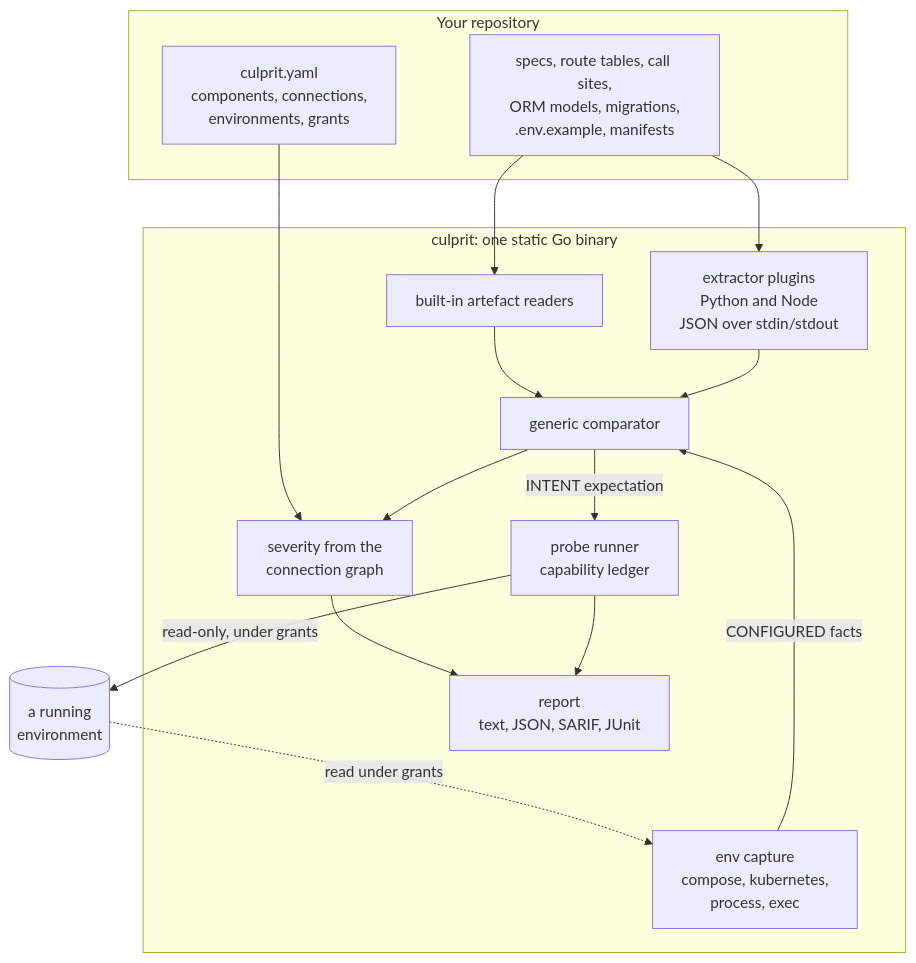
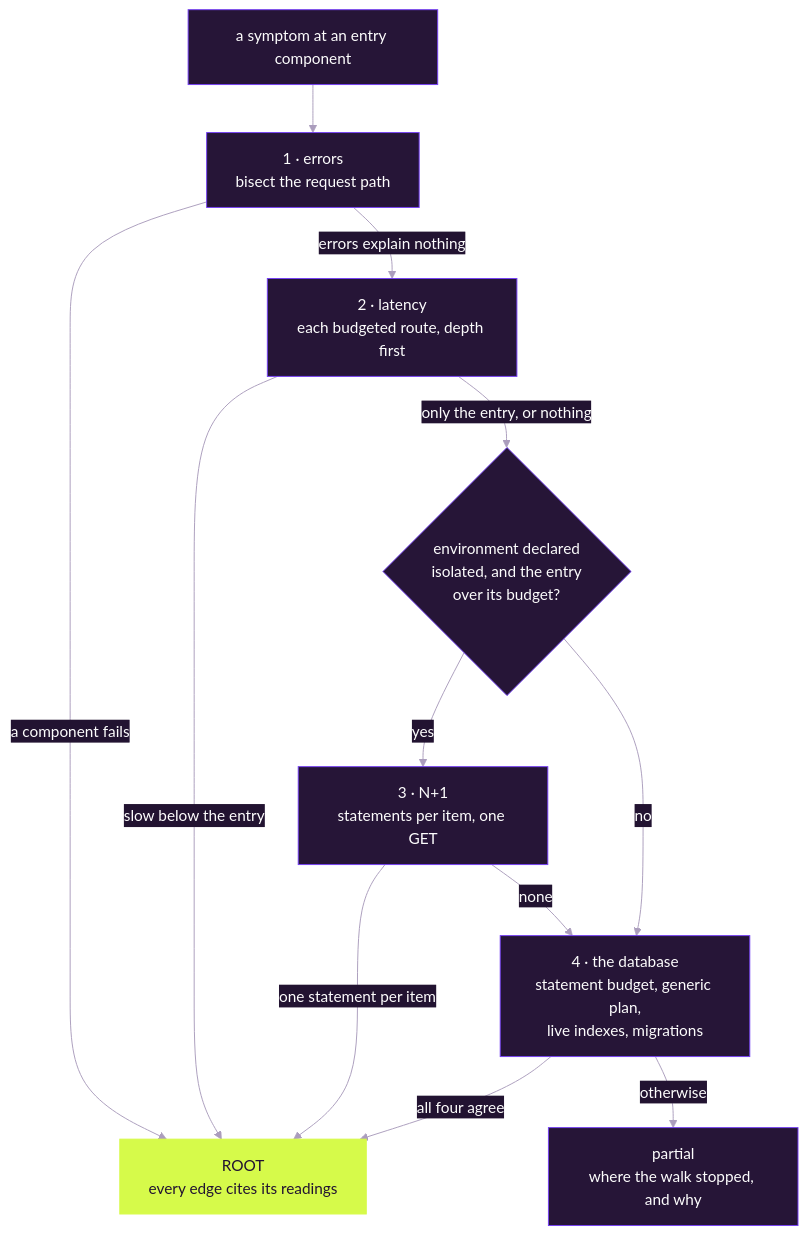
The diagram in README.md (Josh-Heath123/Culprit), drawn with Mermaid before and after one commit. The commit also changed other lines of this file and 12 other files, not shown here.

````diff
--- a/README.md
+++ b/README.md
@@ -111,29 +116,27 @@
 ```mermaid
-flowchart TB
-  subgraph repo["Your repository"]
-    yaml["culprit.yaml<br/>components, connections,<br/>environments, grants"]
-    src["specs, route tables, call sites,<br/>ORM models, migrations,<br/>.env.example, manifests"]
-  end
+%%{init: {"theme": "base", "themeVariables": {"background": "#221331", "primaryColor": "#261537", "primaryTextColor": "#fdfdfd", "primaryBorderColor": "#7540f5", "secondaryColor": "#2f1a44", "tertiaryColor": "#180e23", "lineColor": "#ab9dbd", "textColor": "#ab9dbd", "clusterBkg": "#180e23", "clusterBorder": "#452663", "edgeLabelBackground": "#221331", "titleColor": "#fdfdfd", "fontFamily": "Inter, sans-serif"}}}%%
+flowchart TD
+  symptom["a symptom at an entry component"]
+  errors["1 · errors<br/>bisect the request path"]
+  latency["2 · latency<br/>each budgeted route, depth first"]
+  isolated{"environment declared<br/>isolated, and the entry<br/>over its budget?"}
+  nplusone["3 · N+1<br/>statements per item, one GET"]
+  database["4 · the database<br/>statement budget, generic plan,<br/>live indexes, migrations"]
+  root["ROOT<br/>every edge cites its readings"]
+  stopped["partial<br/>where the walk stopped, and why"]
 
-  subgraph cli["culprit: one static Go binary"]
-    readers["built-in artefact readers"]
-    plugins["extractor plugins<br/>Python and Node<br/>JSON over stdin/stdout"]
-    compare["generic comparator"]
-    severity["severity from the<br/>connection graph"]
-    report["report<br/>text, JSON, SARIF, JUnit"]
-    capture["env capture<br/>compose, kubernetes,<br/>process, exec"]
-    probes["probe runner<br/>capability ledger"]
-  end
+  symptom --> errors
+  errors -- "a component fails" --> root
+  errors -- "errors explain nothing" --> latency
+  latency -- "slow below the entry" --> root
+  latency -- "only the entry, or nothing" --> isolated
+  isolated -- "yes" --> nplusone
+  isolated -- "no" --> database
+  nplusone -- "one statement per item" --> root
+  nplusone -- "none" --> database
+  database -- "all four agree" --> root
+  database -- "otherwise" --> stopped
 
-  env[("a running<br/>environment")]
-
-  src --> readers --> compare
-  src --> plugins --> compare
-  yaml --> severity
-  capture -- "CONFIGURED facts" --> compare
-  compare --> severity --> report
-  compare -- "INTENT expectation" --> probes
-  env -. "read under grants" .-> capture
-  probes -- "read-only, under grants" --> env
-  probes --> report
+  classDef answer fill:#d6fa4a,color:#221331,stroke:#d6fa4a
+  class root answer
 ```
````
